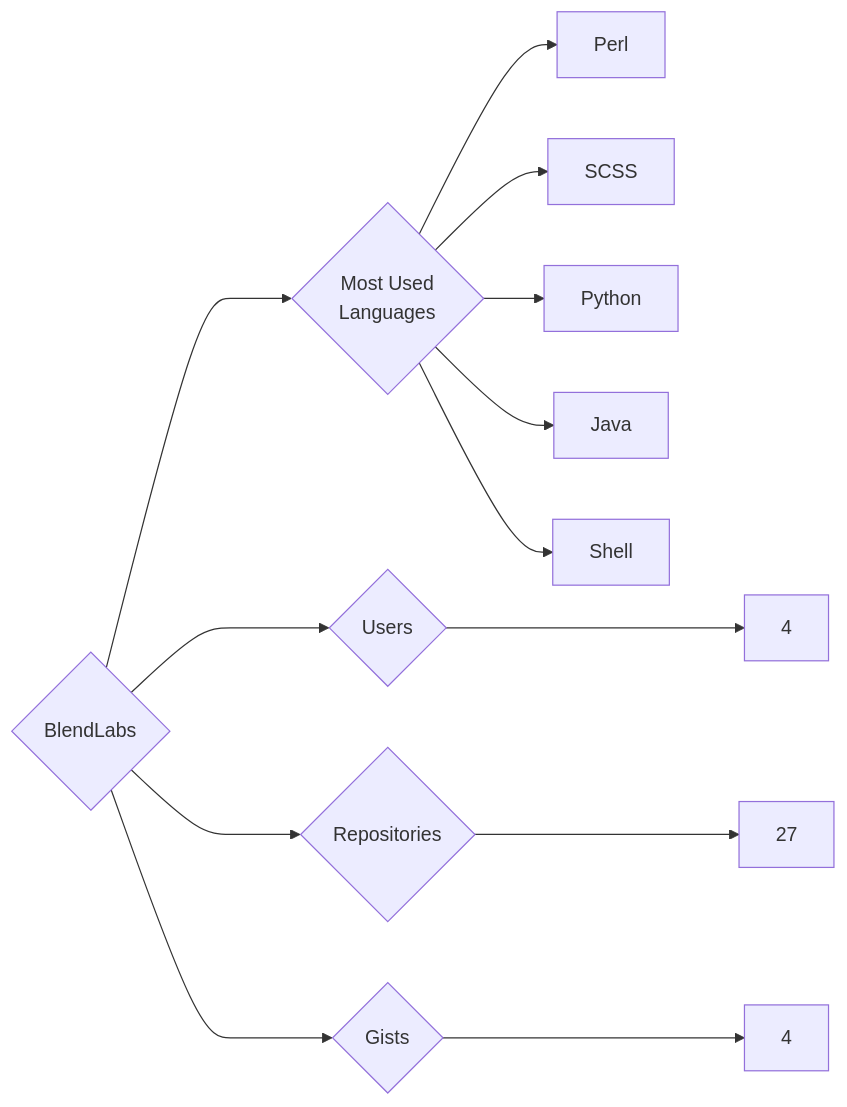
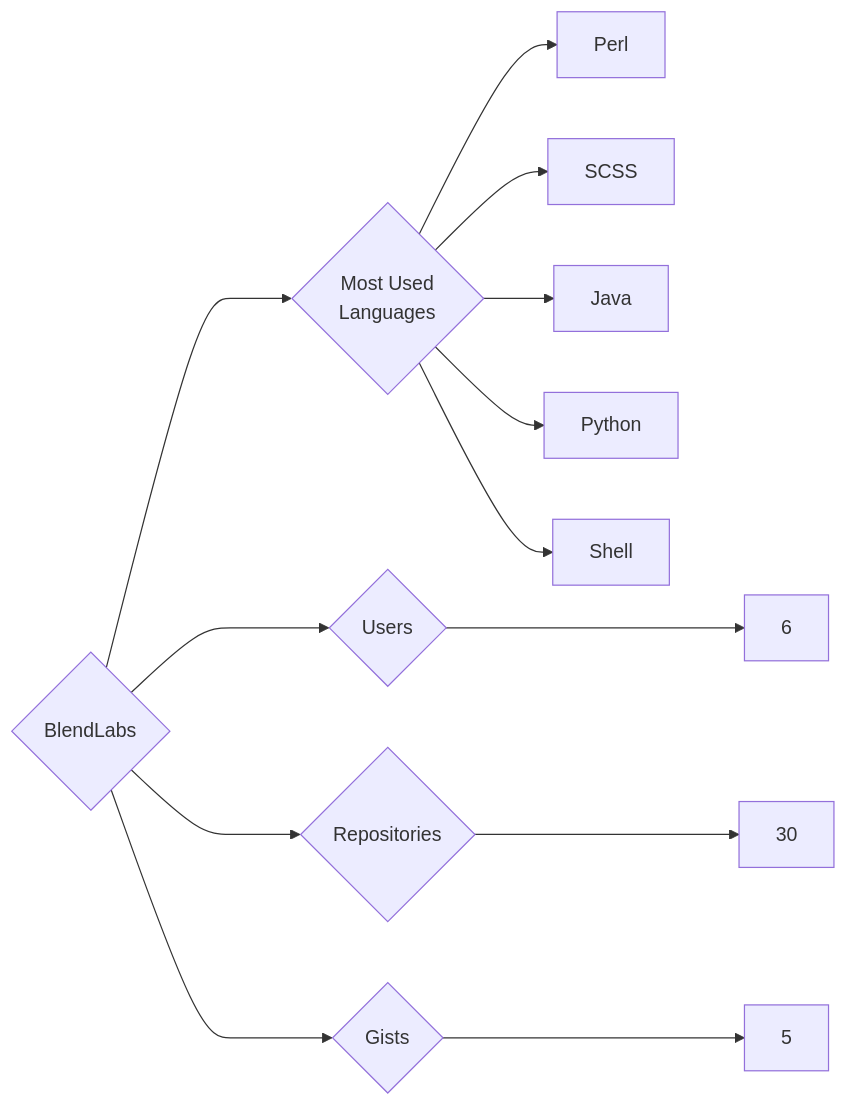
The diagram in targets/BlendLabs/README.md (trickest/insiders), drawn with Mermaid before and after one commit. The commit also changed 880 other files, not shown here.

````diff
--- a/targets/BlendLabs/README.md
+++ b/targets/BlendLabs/README.md
@@ -3,13 +3,13 @@
 ```mermaid
 graph LR
 COMPANY_NAME{BlendLabs}
-COMPANY_NAME ---> U{Users} ---> UN[4]
-COMPANY_NAME ---> R{Repositories} ---> RN[27]
-COMPANY_NAME ---> G{Gists} ---> GN[4]
+COMPANY_NAME ---> U{Users} ---> UN[6]
+COMPANY_NAME ---> R{Repositories} ---> RN[30]
+COMPANY_NAME ---> G{Gists} ---> GN[5]
 COMPANY_NAME ---> ML{Most Used<br>Languages}
 ML --> Perl[Perl]
 ML --> SCSS[SCSS]
+ML --> Java[Java]
 ML --> Python[Python]
-ML --> Java[Java]
 ML --> Shell[Shell]
 ```
````
